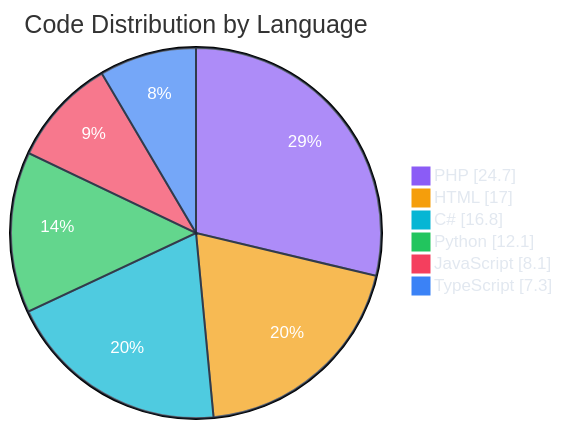
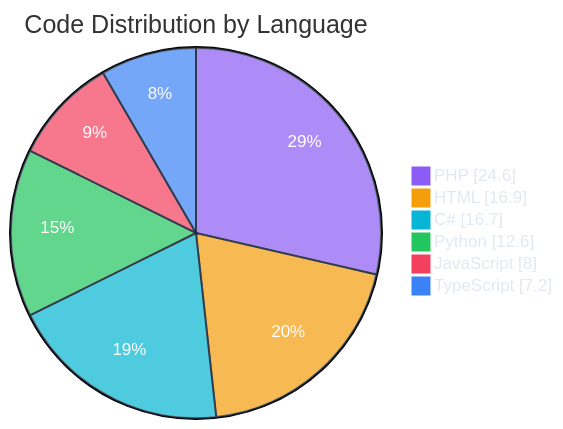
The second of 7 diagrams in README.md (polo-nyan/polo-nyan), drawn with Mermaid before and after one commit. The commit also changed other lines of this file and 1 other file, not shown here.

````diff
--- a/README.md
+++ b/README.md
@@ -229,11 +229,11 @@
 ```mermaid
 %%{init: {"theme": "base", "themeVariables": { "pie1": "#8b5cf6", "pie2": "#f59e0b", "pie3": "#06b6d4", "pie4": "#22c55e", "pie5": "#f43f5e", "pie6": "#3b82f6", "pie7": "#ec4899", "pieTextColor": "#ffffff", "pieLegendTextColor": "#e2e8f0", "pieSectionTextColor": "#ffffff", "pieStrokeColor": "#1e293b" }}}%%
 pie showData
     title Code Distribution by Language
-    "PHP" : 24.7
-    "HTML" : 17.0
-    "C#" : 16.8
-    "Python" : 12.1
-    "JavaScript" : 8.1
-    "TypeScript" : 7.3
+    "PHP" : 24.6
+    "HTML" : 16.9
+    "C#" : 16.7
+    "Python" : 12.6
+    "JavaScript" : 8.0
+    "TypeScript" : 7.2
 ```
````
